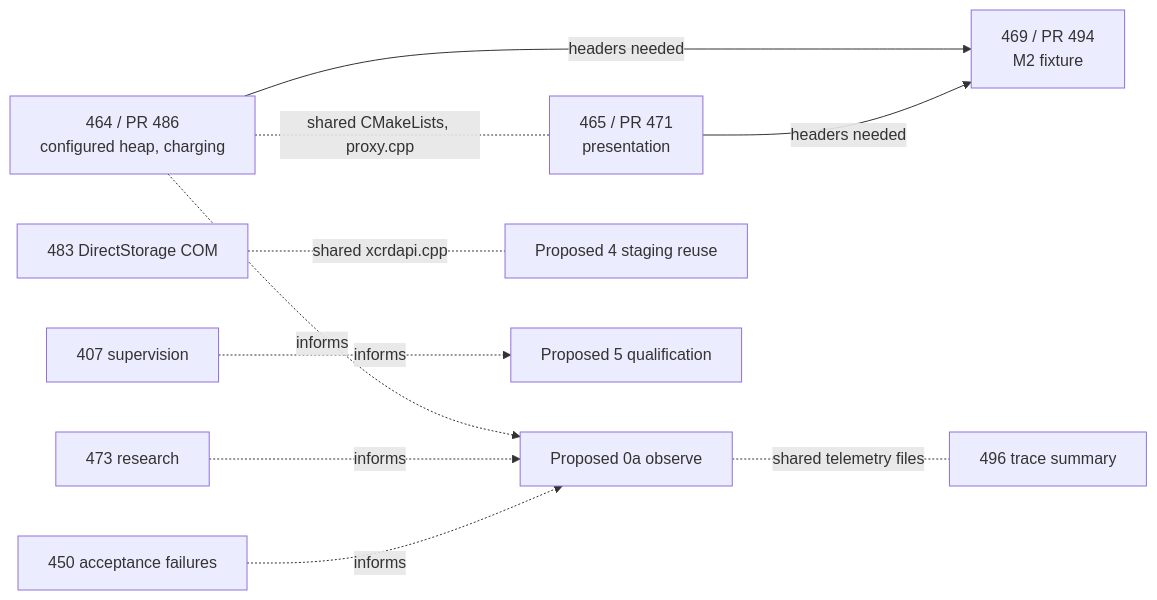
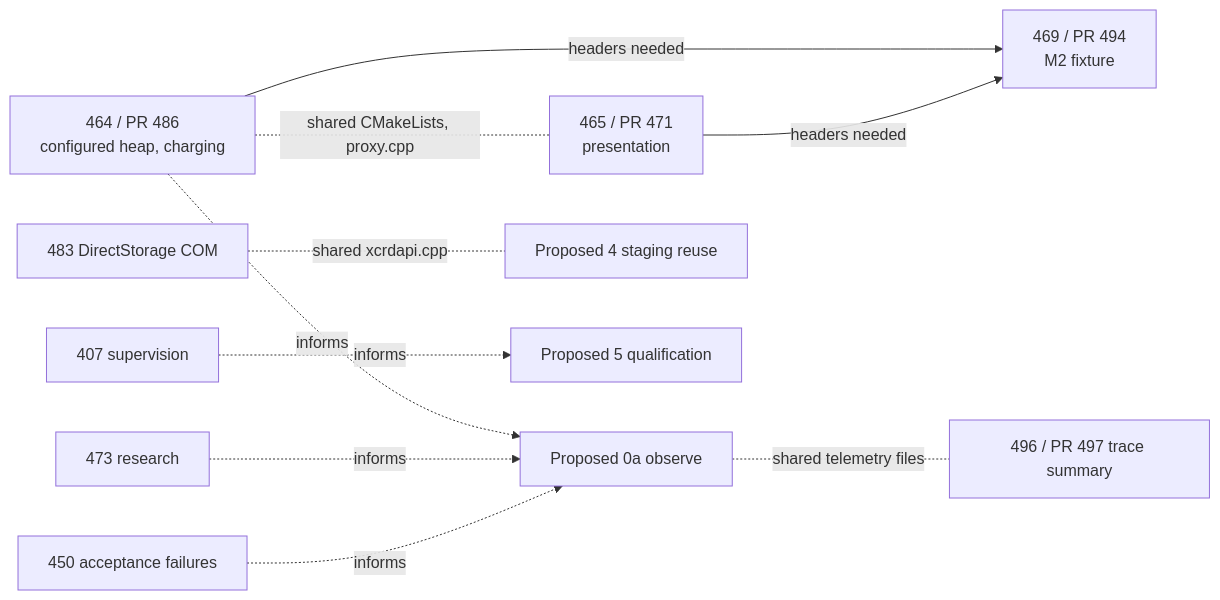
One commit to MacosPorters/betterxen changed the third of 5 diagrams in docs/architecture/proposals/001-unified-memory/roadmap-integration.md. Above: the diagram before and after it, drawn with Mermaid. The commit also changed other lines of this file, not shown here.

Commit message:
docs: note PR #497 in the roadmap integration (#473)

````diff
--- a/docs/architecture/proposals/001-unified-memory/roadmap-integration.md
+++ b/docs/architecture/proposals/001-unified-memory/roadmap-integration.md
@@ -184,23 +184,23 @@
 ```mermaid
 flowchart LR
   I464["464 / PR 486<br/>configured heap, charging"]
   I465["465 / PR 471<br/>presentation"]
   I469["469 / PR 494<br/>M2 fixture"]
   I483["483 DirectStorage COM"]
-  I496["496 trace summary"]
+  I496["496 / PR 497 trace summary"]
   I450["450 acceptance failures"]
   I407["407 supervision"]
   I473["473 research"]
   OBS["Proposed 0a observe"]
   ST4["Proposed 4 staging reuse"]
   ST5["Proposed 5 qualification"]
   I464 -->|headers needed| I469
   I465 -->|headers needed| I469
   I464 -.-|shared CMakeLists, proxy.cpp| I465
   I464 -. informs .-> OBS
   I473 -. informs .-> OBS
   OBS -.-|shared telemetry files| I496
   I483 -.-|shared xcrdapi.cpp| ST4
   I450 -. informs .-> OBS
   I407 -. informs .-> ST5
 ```
````
